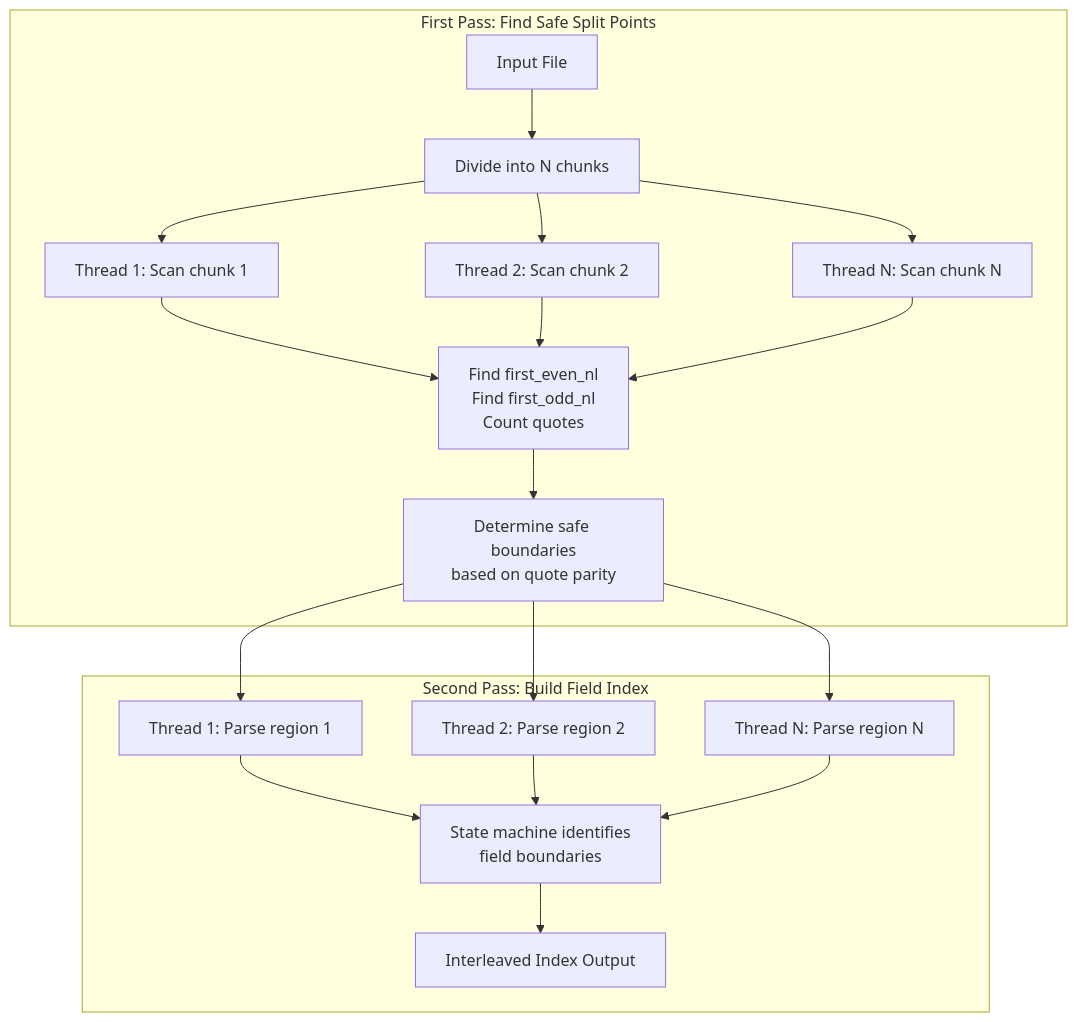
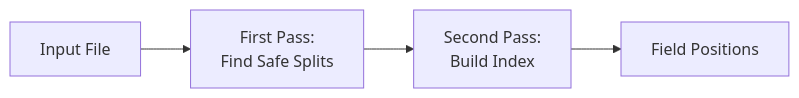
Before and after one commit to jimhester/simdcsv: the diagram in docs/architecture.qmd, drawn with Mermaid. The commit also changed other lines of this file, not shown here.

First line of the commit message:
docs: Simplify architecture diagrams for readability

````diff
--- a/docs/architecture.qmd
+++ b/docs/architecture.qmd
@@ -20,23 +20,7 @@
 ```{mermaid}
-flowchart TB
-    subgraph "First Pass: Find Safe Split Points"
-        A[Input File] --> B[Divide into N chunks]
-        B --> C[Thread 1: Scan chunk 1]
-        B --> D[Thread 2: Scan chunk 2]
-        B --> E[Thread N: Scan chunk N]
-        C --> F[Find first_even_nl<br/>Find first_odd_nl<br/>Count quotes]
-        D --> F
-        E --> F
-        F --> G[Determine safe boundaries<br/>based on quote parity]
-    end
-
-    subgraph "Second Pass: Build Field Index"
-        G --> H[Thread 1: Parse region 1]
-        G --> I[Thread 2: Parse region 2]
-        G --> J[Thread N: Parse region N]
-        H --> K[State machine identifies<br/>field boundaries]
-        I --> K
-        J --> K
-        K --> L[Interleaved Index Output]
-    end
+%%| fig-width: 6
+flowchart LR
+    A[Input File] --> B[First Pass:<br/>Find Safe Splits]
+    B --> C[Second Pass:<br/>Build Index]
+    C --> D[Field Positions]
 ```
````
